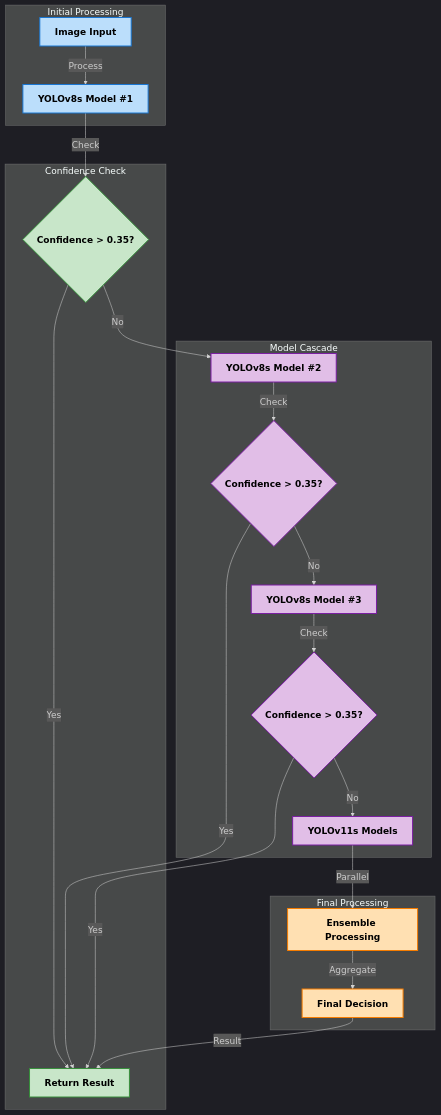
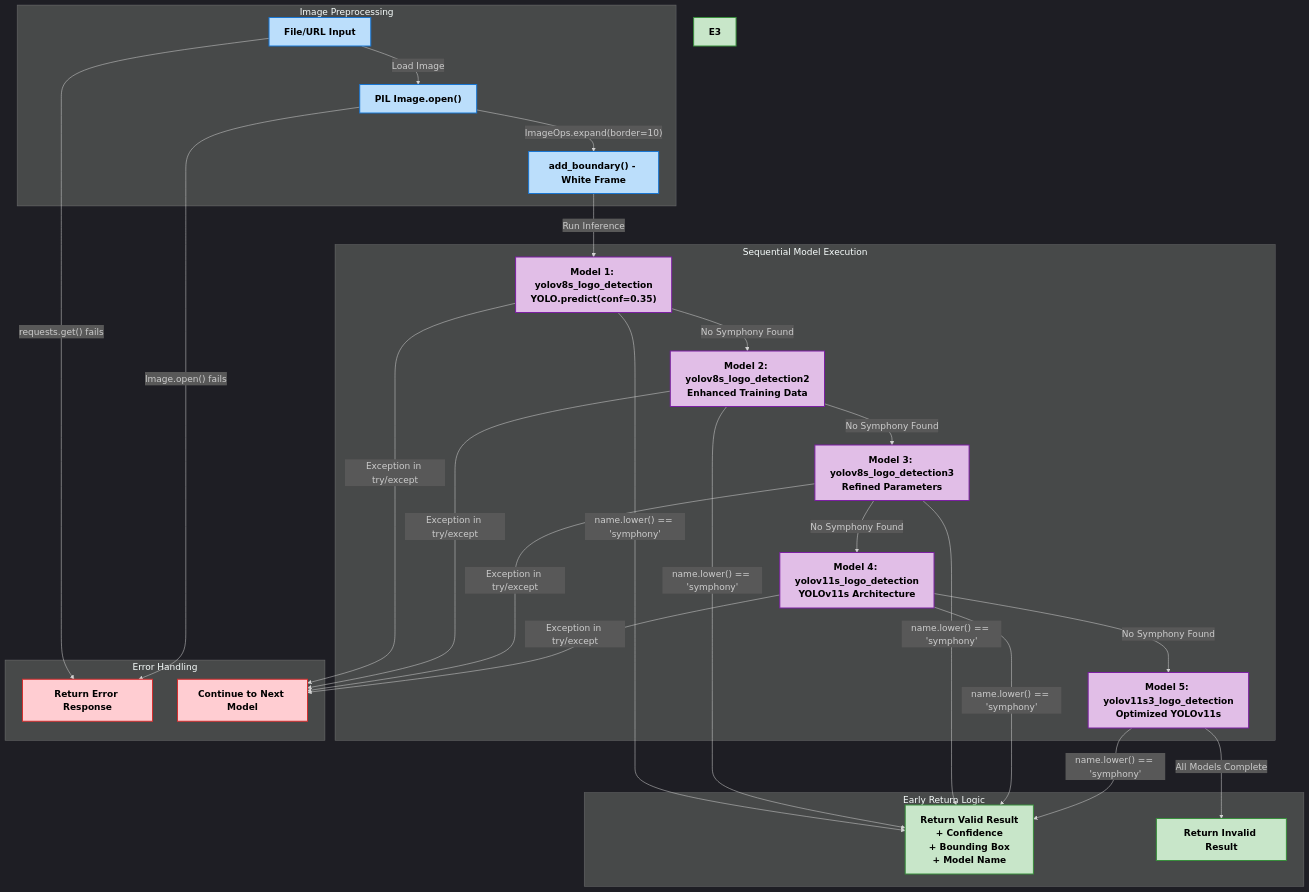
Before and after one commit to Dhruv0306/SymphonyProject1: the fourth of 9 diagrams in README.md, drawn with Mermaid. The commit also changed other lines of this file and 38 other files, not shown here.

````diff
--- a/README.md
+++ b/README.md
@@ -212,40 +261,47 @@
 ```mermaid
 %%{init: {'theme': 'dark', 'themeVariables': { 'fontFamily': 'arial', 'fontSize': '18px', 'fontWeight': 'bold'}}}%%
 graph TD
-    subgraph "Initial Processing"
+    subgraph "Image Preprocessing"
         style A fill:#bbdefb,stroke:#1976d2,stroke-width:2px,color:#000000,font-weight:bold
         style B fill:#bbdefb,stroke:#1976d2,stroke-width:2px,color:#000000,font-weight:bold
-        A[Image Input] -->|"Process"| B[YOLOv8s Model #1]
+        style C fill:#bbdefb,stroke:#1976d2,stroke-width:2px,color:#000000,font-weight:bold
+        A["File/URL Input"] -->|"Load Image"| B["PIL Image.open()"]
+        B -->|"ImageOps.expand(border=10)"| C["add_boundary() - White Frame"]
     end
 
-    subgraph "Confidence Check"
-        style C fill:#c8e6c9,stroke:#388e3c,stroke-width:2px,color:#000000,font-weight:bold
-        style D fill:#c8e6c9,stroke:#388e3c,stroke-width:2px,color:#000000,font-weight:bold
-        B -->|"Check"| C{Confidence > 0.35?}
-        C -->|"Yes"| D[Return Result]
+    subgraph "Sequential Model Execution"
+        style D1 fill:#e1bee7,stroke:#7b1fa2,stroke-width:2px,color:#000000,font-weight:bold
+        style D2 fill:#e1bee7,stroke:#7b1fa2,stroke-width:2px,color:#000000,font-weight:bold
+        style D3 fill:#e1bee7,stroke:#7b1fa2,stroke-width:2px,color:#000000,font-weight:bold
+        style D4 fill:#e1bee7,stroke:#7b1fa2,stroke-width:2px,color:#000000,font-weight:bold
+        style D5 fill:#e1bee7,stroke:#7b1fa2,stroke-width:2px,color:#000000,font-weight:bold
+        C -->|"Run Inference"| D1["Model 1: yolov8s_logo_detection<br/>YOLO.predict(conf=0.35)"]
+        D1 -->|"No Symphony Found"| D2["Model 2: yolov8s_logo_detection2<br/>Enhanced Training Data"]
+        D2 -->|"No Symphony Found"| D3["Model 3: yolov8s_logo_detection3<br/>Refined Parameters"]
+        D3 -->|"No Symphony Found"| D4["Model 4: yolov11s_logo_detection<br/>YOLOv11s Architecture"]
+        D4 -->|"No Symphony Found"| D5["Model 5: yolov11s3_logo_detection<br/>Optimized YOLOv11s"]
     end
 
-    subgraph "Model Cascade"
-        style E fill:#e1bee7,stroke:#7b1fa2,stroke-width:2px,color:#000000,font-weight:bold
-        style F fill:#e1bee7,stroke:#7b1fa2,stroke-width:2px,color:#000000,font-weight:bold
-        style G fill:#e1bee7,stroke:#7b1fa2,stroke-width:2px,color:#000000,font-weight:bold
-        style H fill:#e1bee7,stroke:#7b1fa2,stroke-width:2px,color:#000000,font-weight:bold
-        style I fill:#e1bee7,stroke:#7b1fa2,stroke-width:2px,color:#000000,font-weight:bold
-        C -->|"No"| E[YOLOv8s Model #2]
-        E -->|"Check"| F{Confidence > 0.35?}
-        F -->|"No"| G[YOLOv8s Model #3]
-        G -->|"Check"| H{Confidence > 0.35?}
-        H -->|"No"| I[YOLOv11s Models]
+    subgraph "Early Return Logic"
+        style E1 fill:#c8e6c9,stroke:#388e3c,stroke-width:2px,color:#000000,font-weight:bold
+        style E2 fill:#c8e6c9,stroke:#388e3c,stroke-width:2px,color:#000000,font-weight:bold
+        style E3 fill:#c8e6c9,stroke:#388e3c,stroke-width:2px,color:#000000,font-weight:bold
+        D1 -->|"name.lower() == 'symphony'"| E1["Return Valid Result<br/>+ Confidence<br/>+ Bounding Box<br/>+ Model Name"]
+        D2 -->|"name.lower() == 'symphony'"| E1
+        D3 -->|"name.lower() == 'symphony'"| E1
+        D4 -->|"name.lower() == 'symphony'"| E1
+        D5 -->|"name.lower() == 'symphony'"| E1
+        D5 -->|"All Models Complete"| E2["Return Invalid Result"]
     end
 
-    subgraph "Final Processing"
-        style J fill:#ffe0b2,stroke:#f57c00,stroke-width:2px,color:#000000,font-weight:bold
-        style K fill:#ffe0b2,stroke:#f57c00,stroke-width:2px,color:#000000,font-weight:bold
-        I -->|"Parallel"| J[Ensemble Processing]
-        J -->|"Aggregate"| K[Final Decision]
+    subgraph "Error Handling"
+        style F1 fill:#ffcdd2,stroke:#d32f2f,stroke-width:2px,color:#000000,font-weight:bold
+        style F2 fill:#ffcdd2,stroke:#d32f2f,stroke-width:2px,color:#000000,font-weight:bold
+        A -->|"requests.get() fails"| F1["Return Error Response"]
+        B -->|"Image.open() fails"| F1
+        D1 -->|"Exception in try/except"| F2["Continue to Next Model"]
+        D2 -->|"Exception in try/except"| F2
+        D3 -->|"Exception in try/except"| F2
+        D4 -->|"Exception in try/except"| F2
     end
-
-    F -->|"Yes"| D
-    H -->|"Yes"| D
-    K -->|"Result"| D
 ```
````
